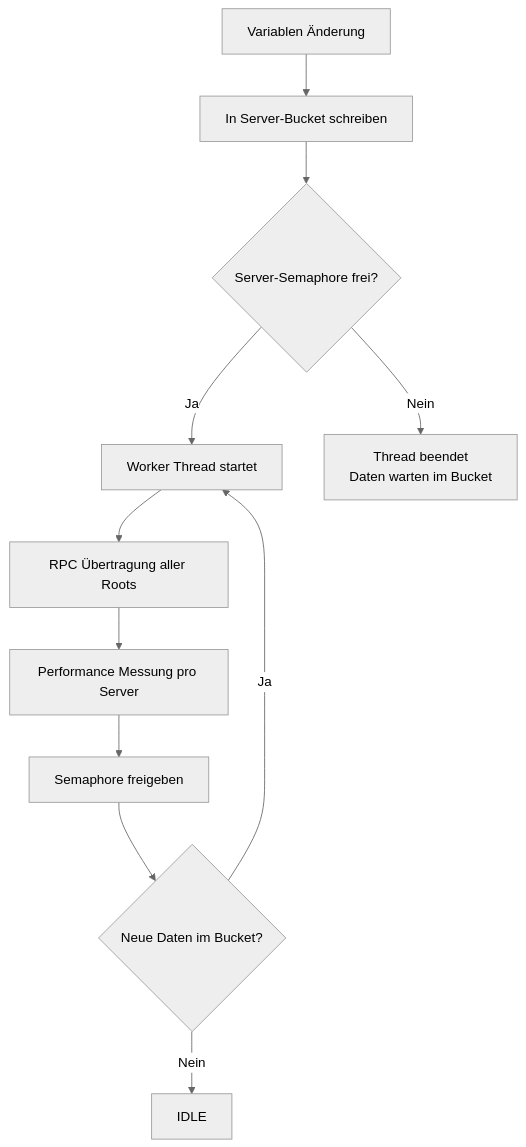
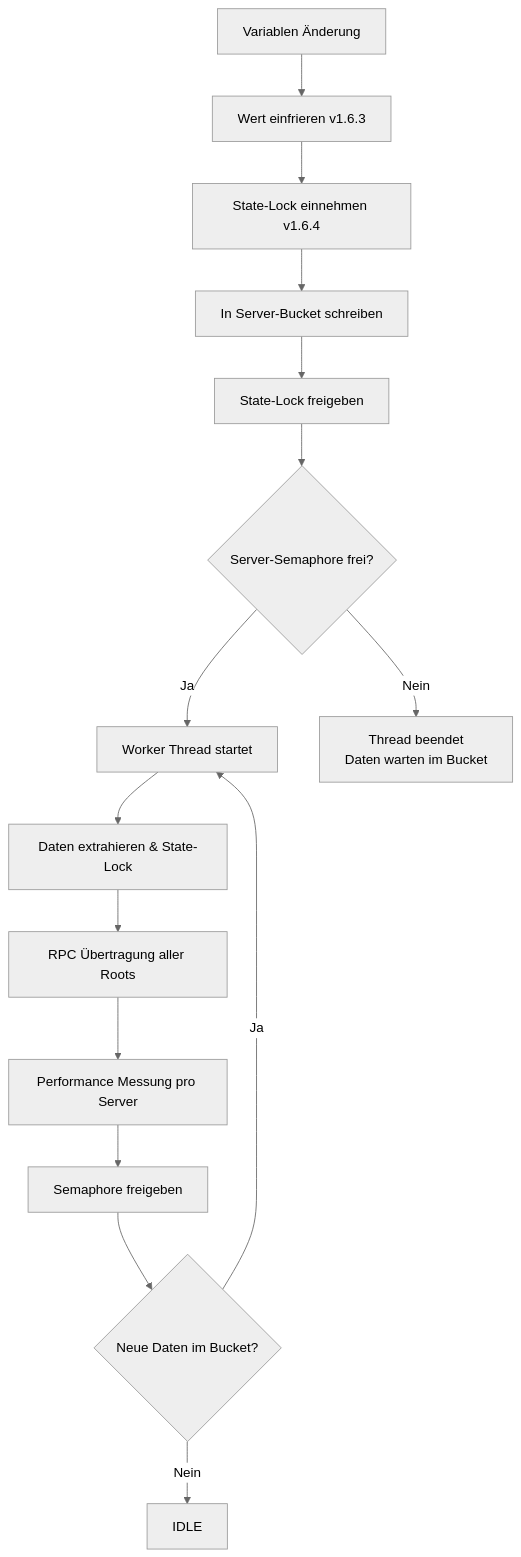
One commit to fisart/Symcon-RemoteMirror changed the second of 4 diagrams in README.md. Above: the diagram before and after it, drawn with Mermaid (neutral theme). The commit also changed other lines of this file, not shown here.

````diff
--- a/README.md
+++ b/README.md
@@ -53,13 +60,17 @@
 ```mermaid
 graph TD
-    Start[Variablen Änderung] --> Add[In Server-Bucket schreiben]
-    Add --> Lock{Server-Semaphore frei?}
+    Start[Variablen Änderung] --> Capture[Wert einfrieren v1.6.3]
+    Capture --> SLock[State-Lock einnehmen v1.6.4]
+    SLock --> Add[In Server-Bucket schreiben]
+    Add --> SUnlock[State-Lock freigeben]
+    SUnlock --> Lock{Server-Semaphore frei?}
     Lock -->|Ja| Worker[Worker Thread startet]
     Lock -->|Nein| Exit[Thread beendet<br/>Daten warten im Bucket]
-    Worker --> RPC[RPC Übertragung aller Roots]
+    Worker --> Batch[Daten extrahieren & State-Lock]
+    Batch --> RPC[RPC Übertragung aller Roots]
     RPC --> Stats[Performance Messung pro Server]
     Stats --> Unlock[Semaphore freigeben]
     Unlock --> Recheck{Neue Daten im Bucket?}
     Recheck -->|Ja| Worker
     Recheck -->|Nein| IDLE
 ```
````
